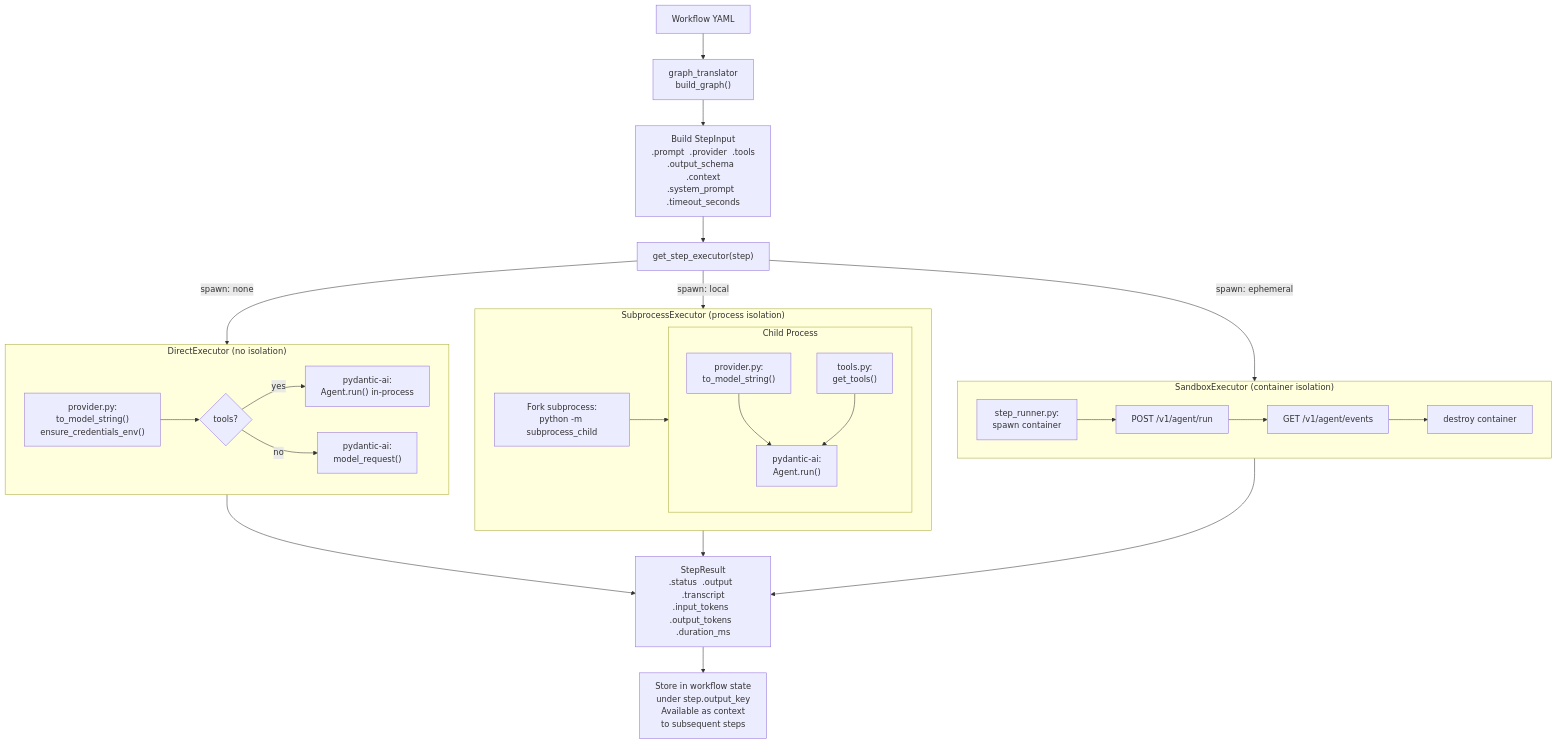
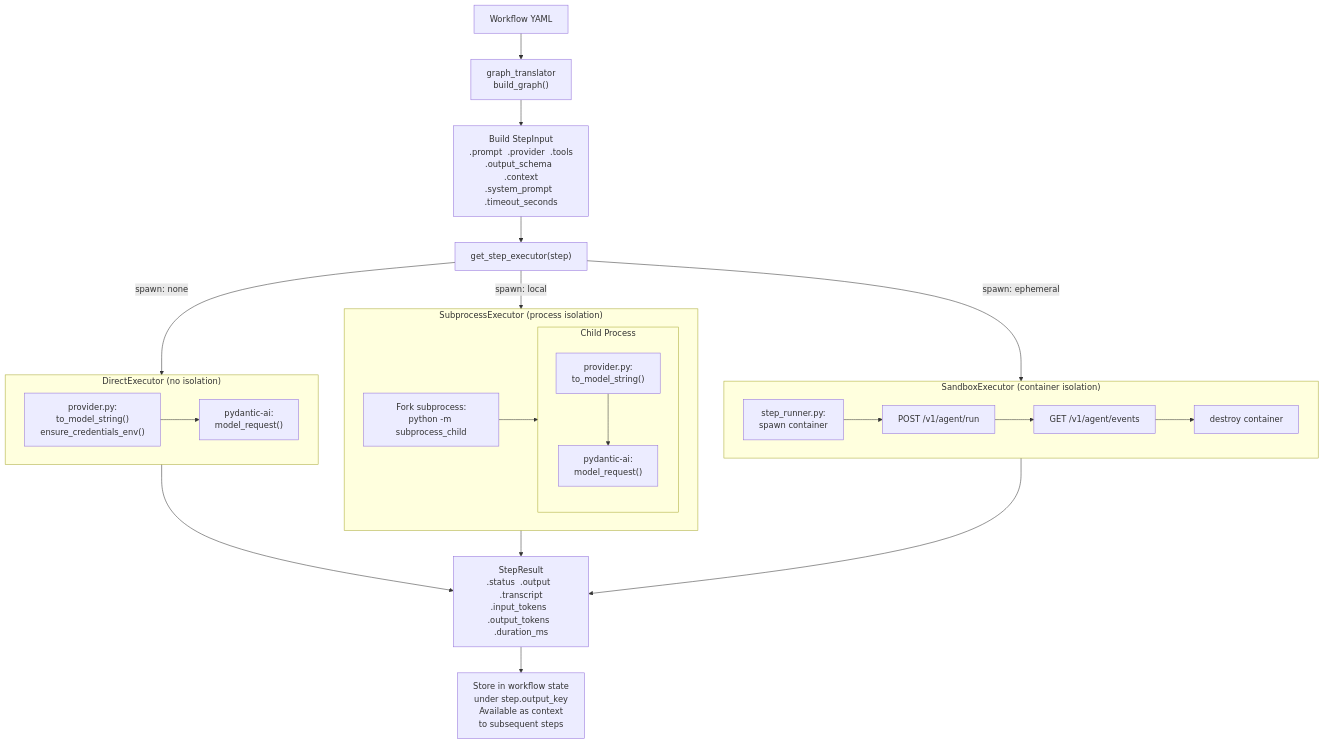
Before and after one commit to jameswnl/lightspeed-cloud-agents: the third of 6 diagrams in docs/tool-registry-architecture.md, drawn with Mermaid. The commit also changed other lines of this file and 6 other files, not shown here.

````diff
--- a/docs/tool-registry-architecture.md
+++ b/docs/tool-registry-architecture.md
@@ -94,48 +94,42 @@
 ```mermaid
 flowchart TD
     yaml["Workflow YAML"] --> translator["graph_translator<br/>build_graph()"]
 
     translator --> stepinput["Build StepInput<br/>.prompt  .provider  .tools<br/>.output_schema  .context<br/>.system_prompt  .timeout_seconds"]
 
     stepinput --> dispatch["get_step_executor(step)"]
 
     dispatch -->|"spawn: none"| direct
     dispatch -->|"spawn: local"| subprocess
     dispatch -->|"spawn: ephemeral"| sandbox
 
     subgraph direct["DirectExecutor (no isolation)"]
         d_provider["provider.py:<br/>to_model_string()<br/>ensure_credentials_env()"]
-        d_check{"tools?"}
-        d_agent["pydantic-ai:<br/>Agent.run() in-process"]
         d_llm["pydantic-ai:<br/>model_request()"]
-        d_provider --> d_check
-        d_check -->|"yes"| d_agent
-        d_check -->|"no"| d_llm
+        d_provider --> d_llm
     end
 
     subgraph subprocess["SubprocessExecutor (process isolation)"]
         s_fork["Fork subprocess:<br/>python -m subprocess_child"]
         subgraph child_proc["Child Process"]
             s_provider["provider.py:<br/>to_model_string()"]
-            s_tools["tools.py:<br/>get_tools()"]
-            s_agent["pydantic-ai:<br/>Agent.run()"]
-            s_provider --> s_agent
-            s_tools --> s_agent
+            s_llm["pydantic-ai:<br/>model_request()"]
+            s_provider --> s_llm
         end
         s_fork --> child_proc
     end
 
     subgraph sandbox["SandboxExecutor (container isolation)"]
         sb_spawn["step_runner.py:<br/>spawn container"]
         sb_run["POST /v1/agent/run"]
         sb_events["GET /v1/agent/events"]
         sb_destroy["destroy container"]
         sb_spawn --> sb_run --> sb_events --> sb_destroy
     end
 
     direct --> result["StepResult<br/>.status  .output  .transcript<br/>.input_tokens  .output_tokens  .duration_ms"]
     subprocess --> result
     sandbox --> result
 
     result --> state["Store in workflow state<br/>under step.output_key<br/>Available as context<br/>to subsequent steps"]
 ```
````
